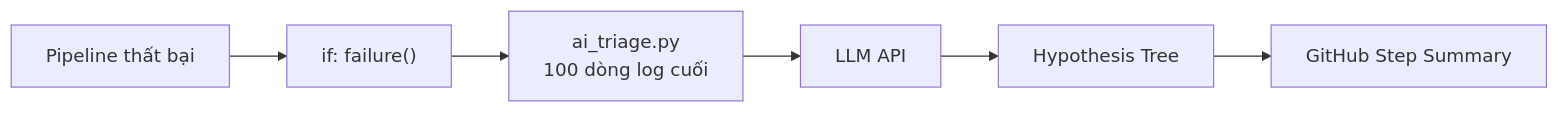
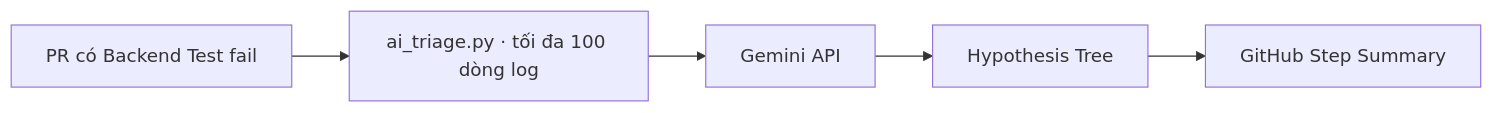
Before and after one commit to SoftwareTesting-Group13/eshop-sut-seminar: the third of 3 diagrams in docs/seminar_slide.md, drawn with Mermaid. The commit also changed other lines of this file and 3 other files, not shown here.

````diff
--- a/docs/seminar_slide.md
+++ b/docs/seminar_slide.md
@@ -151,4 +149,7 @@
 ```mermaid
 flowchart LR
-  F["Pipeline thất bại"] --> C["if: failure()"] --> S["ai_triage.py<br/>100 dòng log cuối"] --> L["LLM API"] --> H["Hypothesis Tree"] --> Y["GitHub Step Summary"]
+  P[PR có Backend Test fail] --> S[ai_triage.py · tối đa 100 dòng log]
+  S --> G[Gemini API]
+  G --> H[Hypothesis Tree]
+  H --> Y[GitHub Step Summary]
 ```
````
